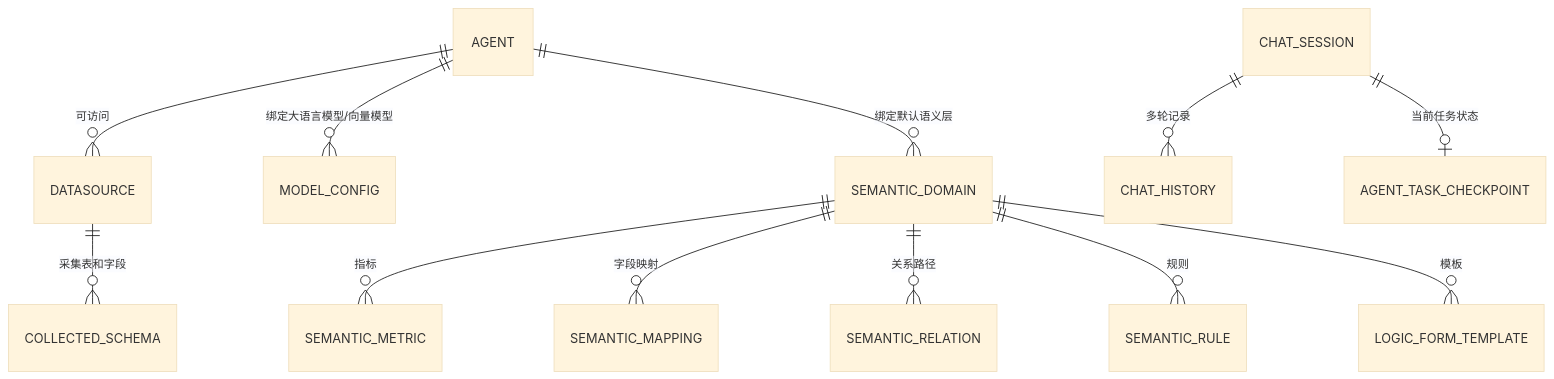
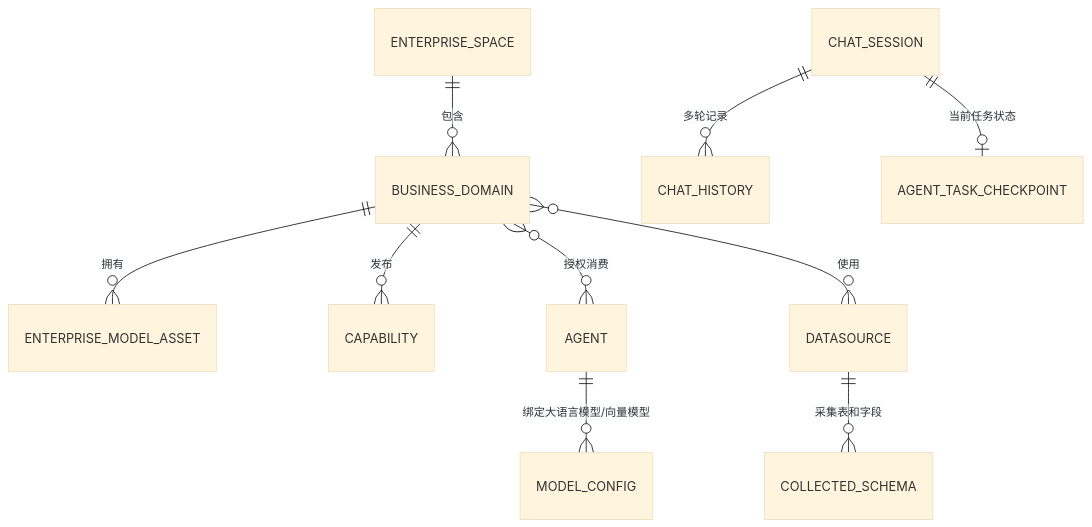
Before and after one commit to TtonyLiang/data-agent: the third of 8 diagrams in docs/project-design.md, drawn with Mermaid (base theme). The commit also changed other lines of this file and 55 other files, not shown here.

First line of the commit message:
feat: expand enterprise semantic platform capabilities

````diff
--- a/docs/project-design.md
+++ b/docs/project-design.md
@@ -154,14 +169,12 @@
 ```mermaid
 erDiagram
-  AGENT ||--o{ DATASOURCE : "可访问"
+  ENTERPRISE_SPACE ||--o{ BUSINESS_DOMAIN : "包含"
+  BUSINESS_DOMAIN ||--o{ ENTERPRISE_MODEL_ASSET : "拥有"
+  BUSINESS_DOMAIN ||--o{ CAPABILITY : "发布"
+  BUSINESS_DOMAIN }o--o{ AGENT : "授权消费"
+  BUSINESS_DOMAIN }o--o{ DATASOURCE : "使用"
   AGENT ||--o{ MODEL_CONFIG : "绑定大语言模型/向量模型"
-  AGENT ||--o{ SEMANTIC_DOMAIN : "绑定默认语义层"
   DATASOURCE ||--o{ COLLECTED_SCHEMA : "采集表和字段"
-  SEMANTIC_DOMAIN ||--o{ SEMANTIC_METRIC : "指标"
-  SEMANTIC_DOMAIN ||--o{ SEMANTIC_MAPPING : "字段映射"
-  SEMANTIC_DOMAIN ||--o{ SEMANTIC_RELATION : "关系路径"
-  SEMANTIC_DOMAIN ||--o{ SEMANTIC_RULE : "规则"
-  SEMANTIC_DOMAIN ||--o{ LOGIC_FORM_TEMPLATE : "模板"
   CHAT_SESSION ||--o{ CHAT_HISTORY : "多轮记录"
   CHAT_SESSION ||--o| AGENT_TASK_CHECKPOINT : "当前任务状态"
 ```
````
